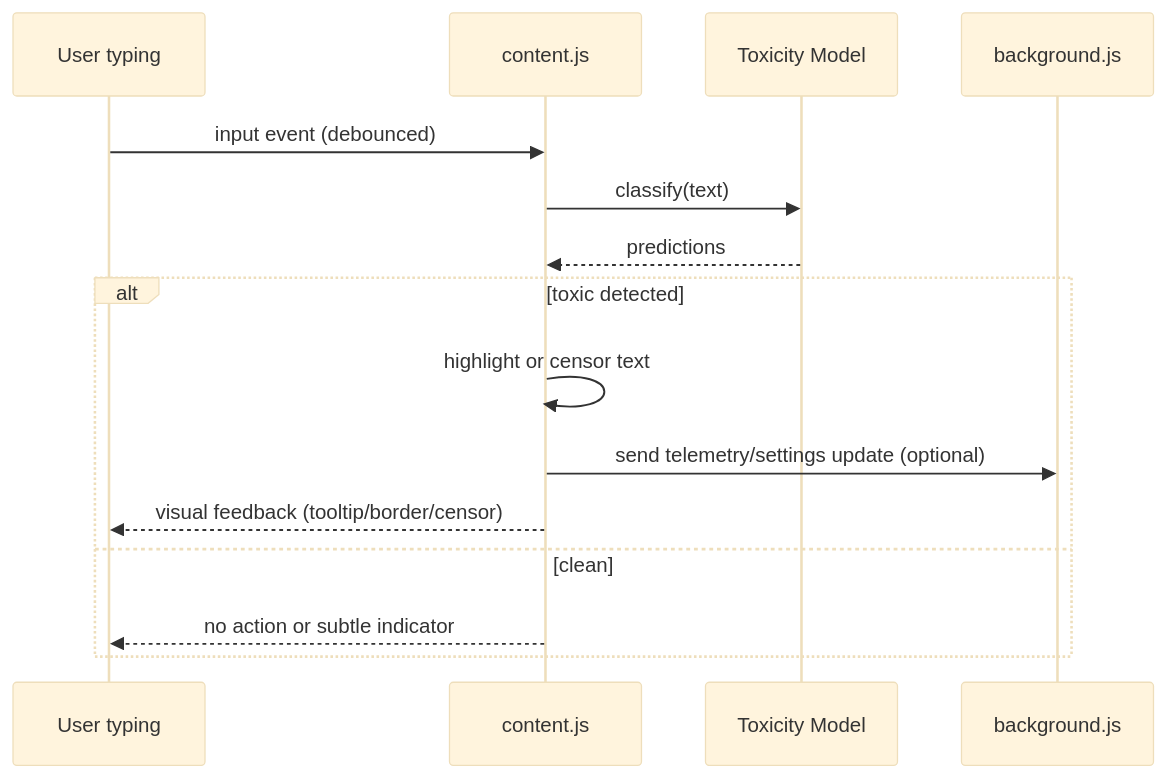
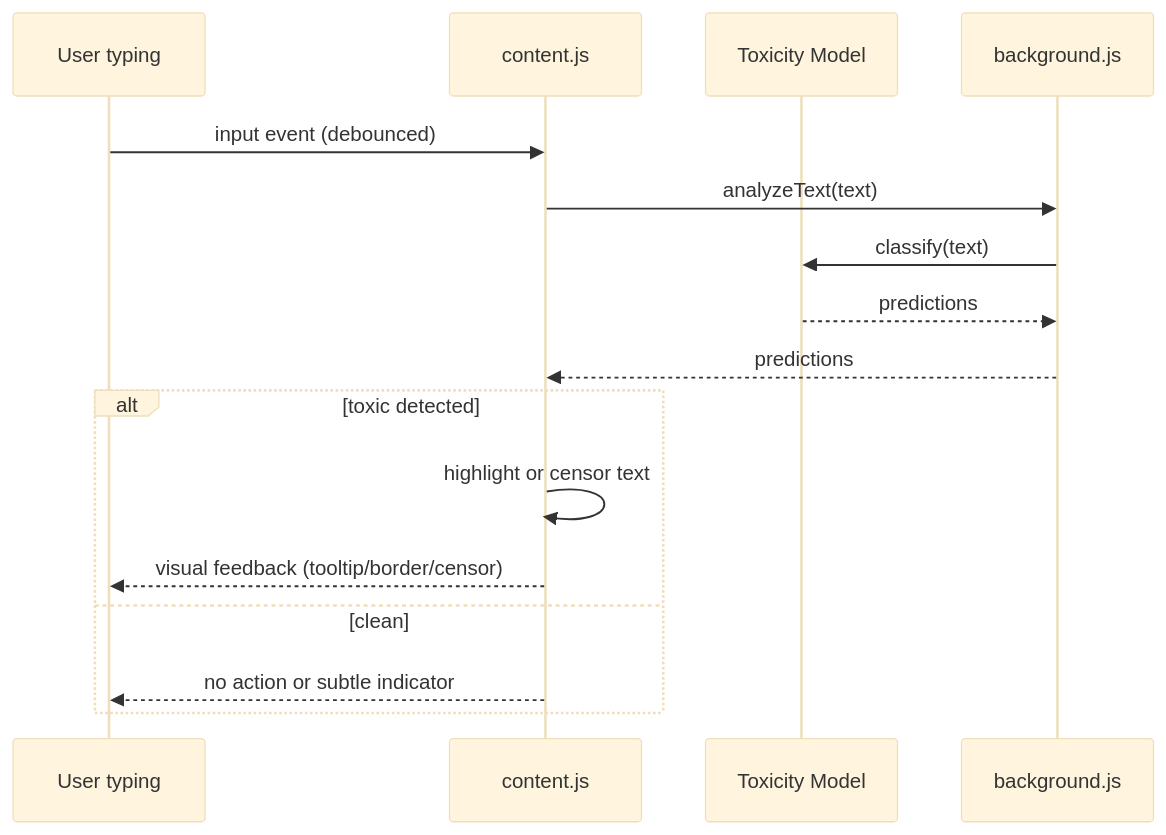
The second of 4 diagrams in README.md (Life-Experimentalist/ToxicGuard_AI), drawn with Mermaid (base theme) before and after one commit. The commit also changed other lines of this file and 1 other file, not shown here.

First line of the commit message:
docs: describe where the model actually loads and runs

````diff
--- a/README.md
+++ b/README.md
@@ -98,18 +99,19 @@
 ```mermaid
 sequenceDiagram
   participant User as User typing
   participant CS as content.js
   participant Model as Toxicity Model
   participant BG as background.js
 
   User->>CS: input event (debounced)
-  CS->>Model: classify(text)
-  Model-->>CS: predictions
+  CS->>BG: analyzeText(text)
+  BG->>Model: classify(text)
+  Model-->>BG: predictions
+  BG-->>CS: predictions
   alt toxic detected
     CS->>CS: highlight or censor text
-    CS->>BG: send telemetry/settings update (optional)
     CS-->>User: visual feedback (tooltip/border/censor)
   else clean
     CS-->>User: no action or subtle indicator
   end
 ```
````
